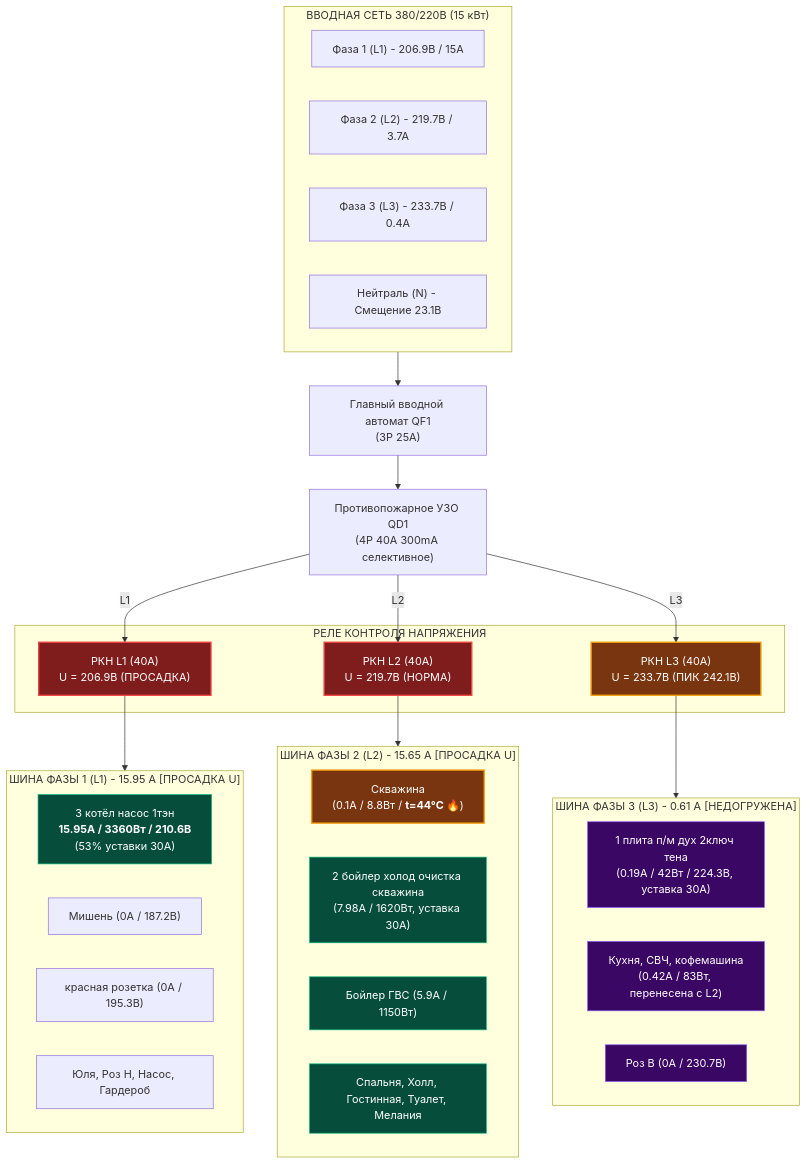
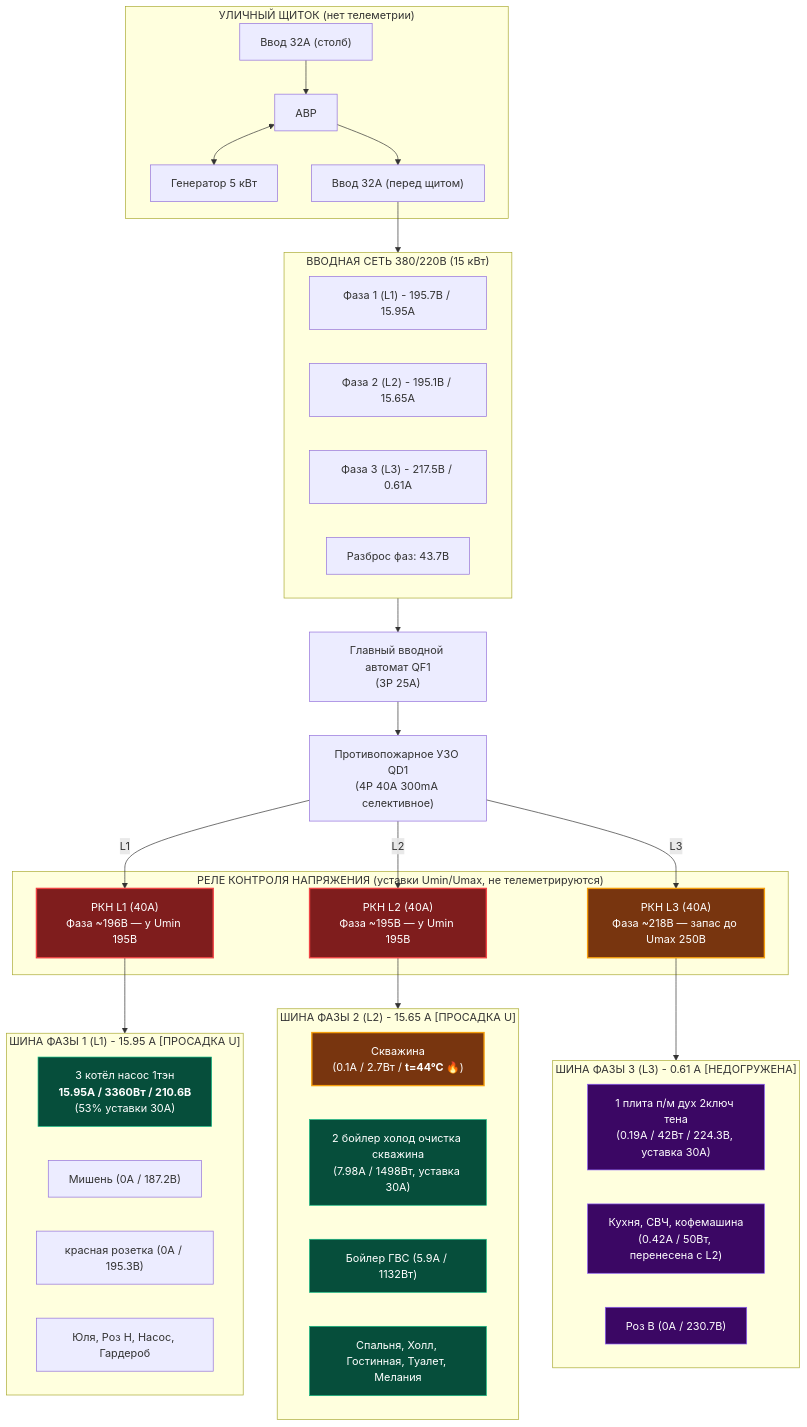
Before and after one commit to Dmitran13/home-electrical-schema: the diagram in README.md, drawn with Mermaid. The commit also changed other lines of this file and 4 other files, not shown here.

````diff
--- a/README.md
+++ b/README.md
@@ -163,58 +158,70 @@
 ```mermaid
 flowchart TD
+    subgraph STREET ["УЛИЧНЫЙ ЩИТОК (нет телеметрии)"]
+        SIN1["Ввод 32А (столб)"]
+        ATS["АВР"]
+        GEN["Генератор 5 кВт"]
+        SIN2["Ввод 32А (перед щитом)"]
+        SIN1 --> ATS
+        ATS <--> GEN
+        ATS --> SIN2
+    end
+
     subgraph GRID ["ВВОДНАЯ СЕТЬ 380/220В (15 кВт)"]
-        IN_L1["Фаза 1 (L1) - 206.9В / 15А"]
-        IN_L2["Фаза 2 (L2) - 219.7В / 3.7А"]
-        IN_L3["Фаза 3 (L3) - 233.7В / 0.4А"]
-        IN_N["Нейтраль (N) - Смещение 23.1В"]
+        IN_L1["Фаза 1 (L1) - 195.7В / 15.95А"]
+        IN_L2["Фаза 2 (L2) - 195.1В / 15.65А"]
+        IN_L3["Фаза 3 (L3) - 217.5В / 0.61А"]
+        IN_N["Разброс фаз: 43.7В"]
     end
+
+    SIN2 --> GRID
 
     QF1["Главный вводной автомат QF1<br/>(3P 25A)"]
     QD1["Противопожарное УЗО QD1<br/>(4P 40A 300mA селективное)"]
 
     GRID --> QF1 --> QD1
 
-    subgraph V_RELAYS ["РЕЛЕ КОНТРОЛЯ НАПРЯЖЕНИЯ"]
-        RKN1["РКН L1 (40A)<br/>U = 206.9В (ПРОСАДКА)"]
-        RKN2["РКН L2 (40A)<br/>U = 219.7В (НОРМА)"]
-        RKN3["РКН L3 (40A)<br/>U = 233.7В (ПИК 242.1В)"]
+    subgraph V_RELAYS ["РЕЛЕ КОНТРОЛЯ НАПРЯЖЕНИЯ (уставки Umin/Umax, не телеметрируются)"]
+        RKN1["РКН L1 (40A)<br/>Фаза ~196В — у Umin 195В"]
+        RKN2["РКН L2 (40A)<br/>Фаза ~195В — у Umin 195В"]
+        RKN3["РКН L3 (40A)<br/>Фаза ~218В — запас до Umax 250В"]
     end
 
     QD1 -->|L1| RKN1
     QD1 -->|L2| RKN2
     QD1 -->|L3| RKN3
 
     subgraph BUS_L1 ["ШИНА ФАЗЫ 1 (L1) - 15.95 А [ПРОСАДКА U]"]
         L1_KOTEL["3 котёл насос 1тэн<br/><b>15.95A / 3360Вт / 210.6В</b><br/>(53% уставки 30А)"]
         L1_MISH["Мишень (0A / 187.2В)"]
         L1_KROZ["красная розетка (0A / 195.3В)"]
         L1_REST["Юля, Роз Н, Насос, Гардероб"]
     end
 
     subgraph BUS_L2 ["ШИНА ФАЗЫ 2 (L2) - 15.65 А [ПРОСАДКА U]"]
-        L2_SKV["Скважина<br/>(0.1A / 8.8Вт / <b>t=44°C 🔥</b>)"]
-        L2_BOIL["2 бойлер холод очистка скважина<br/>(7.98A / 1620Вт, уставка 30А)"]
-        L2_BOIL2["Бойлер ГВС (5.9A / 1150Вт)"]
+        L2_SKV["Скважина<br/>(0.1A / 2.7Вт / <b>t=44°C 🔥</b>)"]
+        L2_BOIL["2 бойлер холод очистка скважина<br/>(7.98A / 1498Вт, уставка 30А)"]
+        L2_BOIL2["Бойлер ГВС (5.9A / 1132Вт)"]
         L2_ROOMS["Спальня, Холл, Гостинная, Туалет, Мелания"]
     end
 
     subgraph BUS_L3 ["ШИНА ФАЗЫ 3 (L3) - 0.61 А [НЕДОГРУЖЕНА]"]
         L3_PLITA["1 плита п/м дух 2ключ тена<br/>(0.19A / 42Вт / 224.3В, уставка 30А)"]
-        L3_KITCH["Кухня, СВЧ, кофемашина<br/>(0.42A / 83Вт, перенесена с L2)"]
+        L3_KITCH["Кухня, СВЧ, кофемашина<br/>(0.42A / 50Вт, перенесена с L2)"]
         L3_ROZV["Роз В (0A / 230.7В)"]
     end
 
     RKN1 --> BUS_L1
     RKN2 --> BUS_L2
     RKN3 --> BUS_L3
 
     classDef crit fill:#7f1d1d,stroke:#ef4444,stroke-width:2px,color:#fff;
     classDef warn fill:#78350f,stroke:#f59e0b,stroke-width:2px,color:#fff;
     classDef ok fill:#064e3b,stroke:#10b981,stroke-width:1px,color:#fff;
     classDef l3style fill:#3b0764,stroke:#8b5cf6,stroke-width:1px,color:#fff;
 
     class RKN1,RKN2 crit;
     class L2_SKV,RKN3 warn;
     class L1_KOTEL,L2_BOIL,L2_BOIL2,L2_ROOMS ok;
     class L3_PLITA,L3_KITCH,L3_ROZV l3style;
 ```
````
